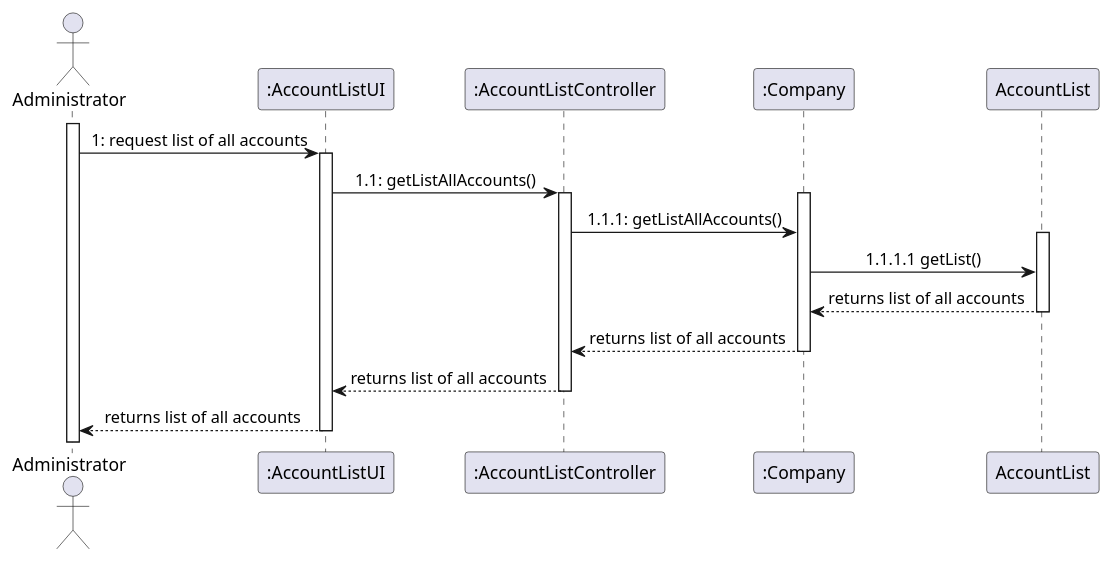
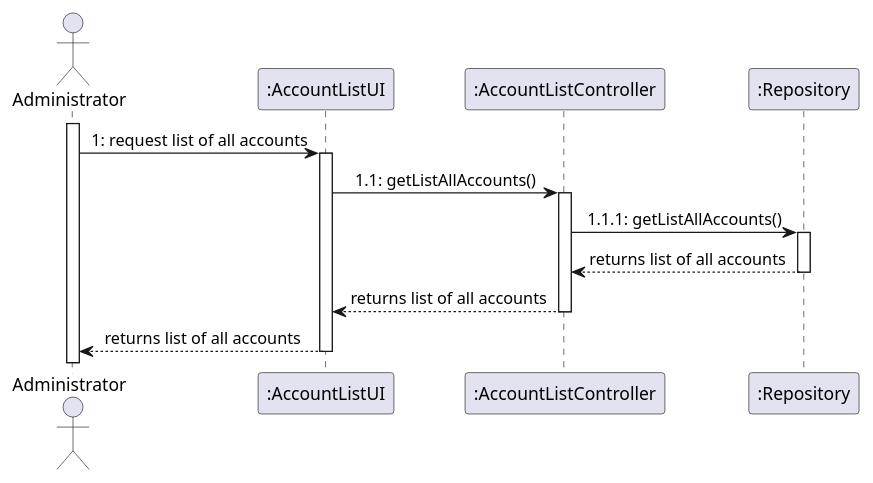
The diagram in docs/modelling_design/user_stories/us004/US004_Sequence_Diagram.puml (Loracline/project_switch_22-23), drawn with PlantUML before and after one commit.

Commit message:
US004 : Design : Updated Sequence Diagram (Use Case: TO LIST ALL ACCOUNTS).

```diff
--- a/docs/modelling_design/user_stories/us004/US004_Sequence_Diagram.puml
+++ b/docs/modelling_design/user_stories/us004/US004_Sequence_Diagram.puml
@@ -1,27 +1,23 @@
 @startuml
 
 skinparam sequenceMessageAlign center
 actor "Administrator"
 participant ":AccountListUI" as ui
 participant ":AccountListController" as cal
-participant ":Company" as ca
-participant AccountList as ac
+participant ":Repository" as rp
+
 
 activate "Administrator"
 "Administrator" -> ui: 1: request list of all accounts
 activate ui
 ui -> cal: 1.1: getListAllAccounts()
 activate cal
-activate ca
-cal -> ca: 1.1.1: getListAllAccounts()
-activate ac
-ca -> ac: 1.1.1.1 getList()
-ac --> ca :returns list of all accounts
-deactivate ac
-ca --> cal :returns list of all accounts
-deactivate ca
+cal -> rp: 1.1.1: getListAllAccounts()
+activate rp
+rp --> cal :returns list of all accounts
+deactivate rp
 cal --> ui :returns list of all accounts
 deactivate cal
 ui --> "Administrator": returns list of all accounts
 deactivate ui
 @enduml
```
